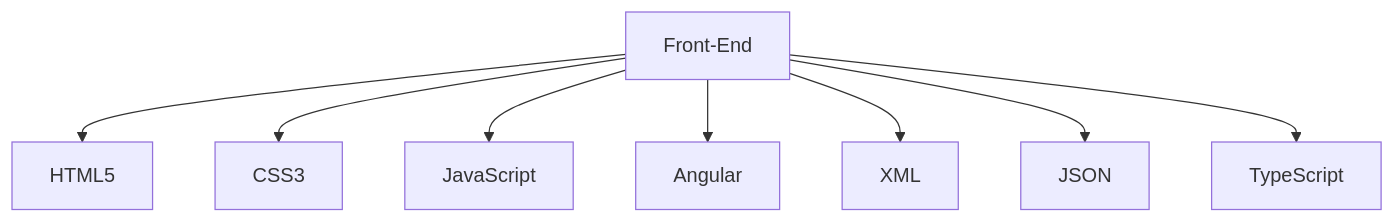
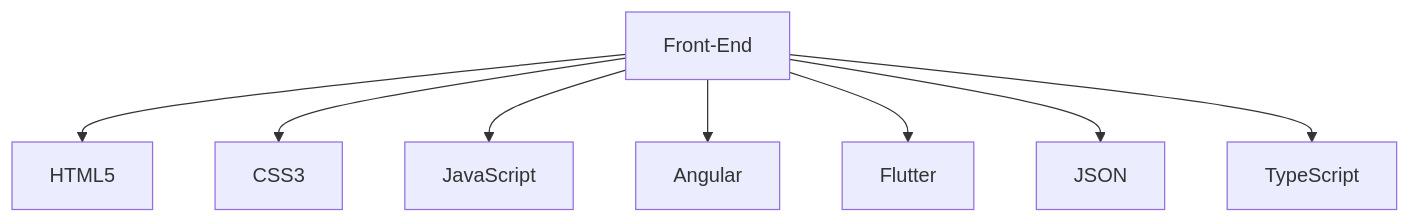
The first of 2 diagrams in README.md (HarryOreLara/HarryOreLara), drawn with Mermaid before and after one commit. The commit also changed other lines of this file, not shown here.

````diff
--- a/README.md
+++ b/README.md
@@ -37,10 +37,10 @@
 ```mermaid
 graph TD;
     Front-End-->HTML5;
     Front-End-->CSS3;
     Front-End-->JavaScript;
     Front-End-->Angular;
-    Front-End-->XML;
+    Front-End-->Flutter;
     Front-End-->JSON;
     Front-End-->TypeScript;
 ```
````
